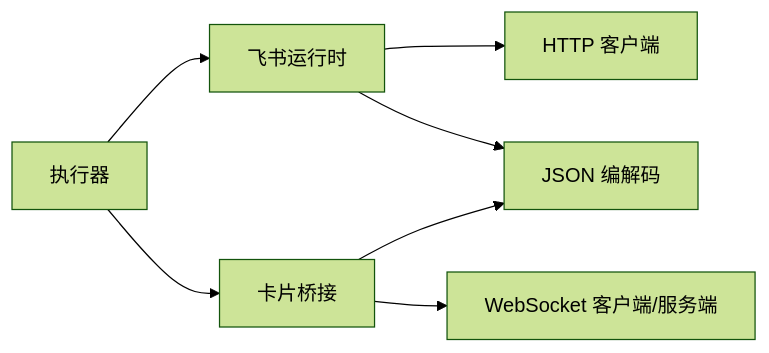
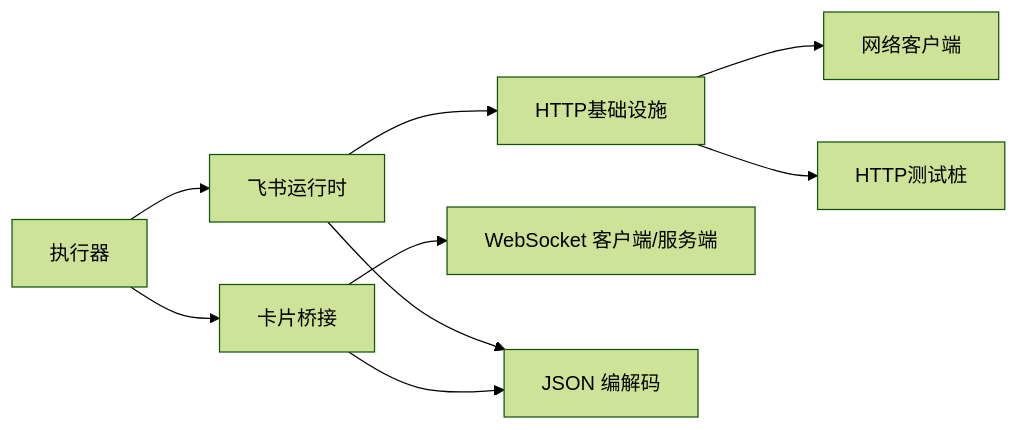
Before and after one commit to guweigang/vhttpd: the seventh of 7 diagrams in .qoder/repowiki/zh/content/企业级集成/飞书(Feishu) 集成.md, drawn with Mermaid (forest theme). The commit also changed other lines of this file and 54 other files, not shown here.

````diff
--- a/.qoder/repowiki/zh/content/企业级集成/飞书(Feishu) 集成.md
+++ b/.qoder/repowiki/zh/content/企业级集成/飞书(Feishu) 集成.md
@@ -260,9 +344,11 @@
 ```mermaid
 graph LR
 EX["执行器"] --> RT["飞书运行时"]
 EX --> BR["卡片桥接"]
-RT --> HTTP["HTTP 客户端"]
+RT --> HTTP["HTTP基础设施"]
+HTTP --> NET["网络客户端"]
 BR --> WS["WebSocket 客户端/服务端"]
 RT --> JSON["JSON 编解码"]
 BR --> JSON
+HTTP --> TEST["HTTP测试桩"]
 ```
````
